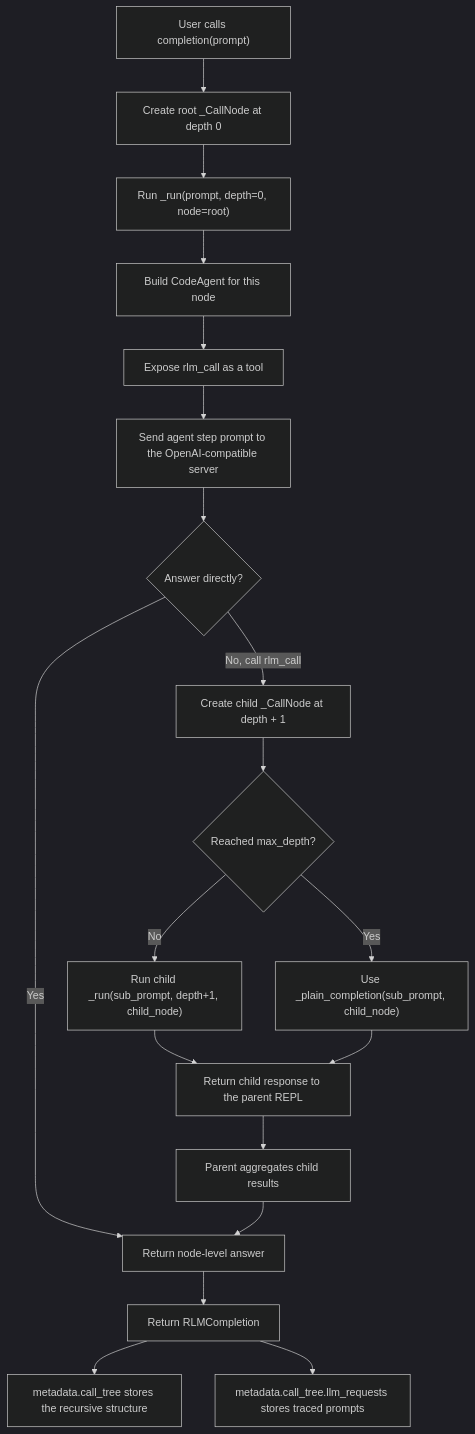
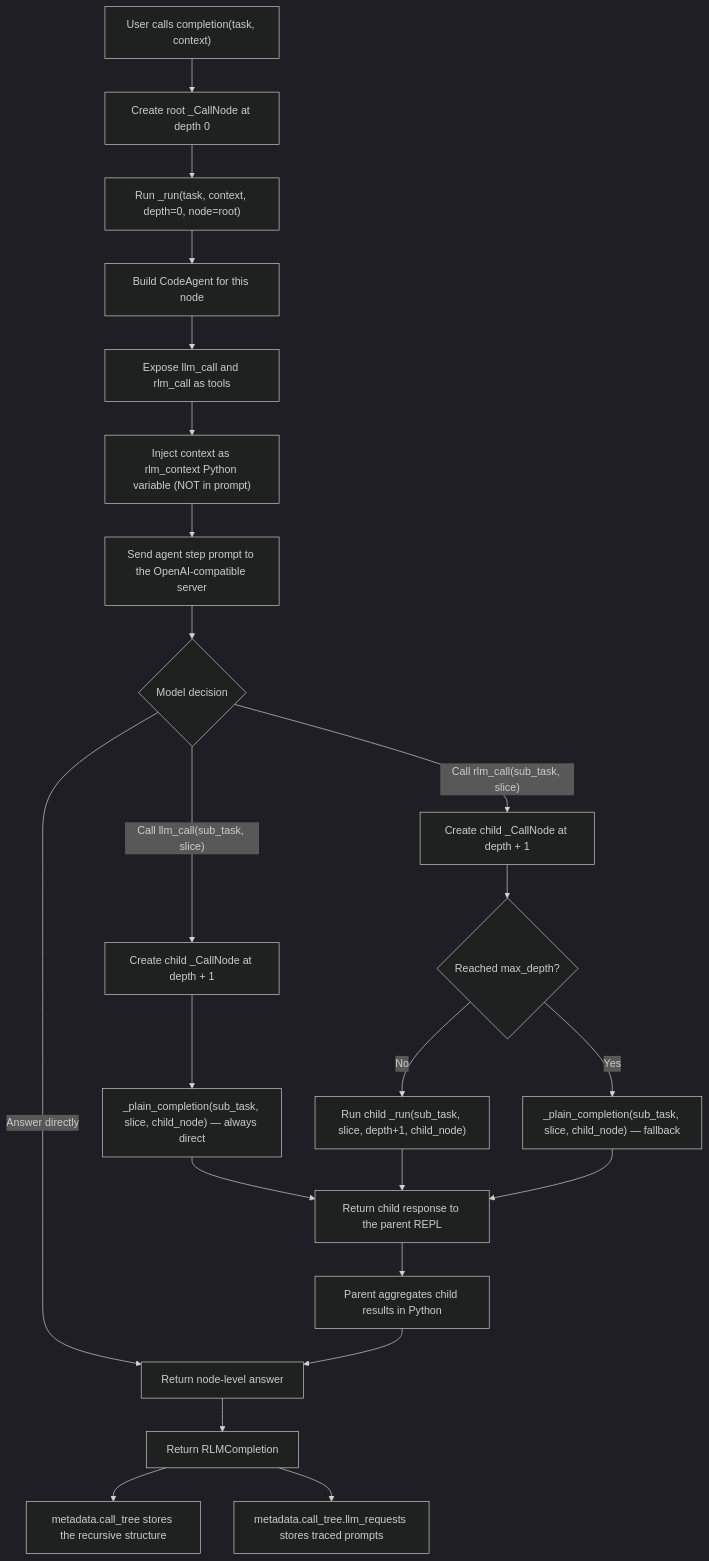
Before and after one commit to mrvictoru/smol_RLM_test: the diagram in docs/rlm_agent_flow.md, drawn with Mermaid (dark theme). The commit also changed other lines of this file and 1 other file, not shown here.

First line of the commit message:
Patch RLM: add llm_call tool, free-form orchestration system prompt, update docs

````diff
--- a/docs/rlm_agent_flow.md
+++ b/docs/rlm_agent_flow.md
@@ -8,21 +8,25 @@
 ```mermaid
 flowchart TD
-    A["User calls completion(prompt)"] --> B["Create root _CallNode at depth 0"]
-    B --> C["Run _run(prompt, depth=0, node=root)"]
+    A["User calls completion(task, context)"] --> B["Create root _CallNode at depth 0"]
+    B --> C["Run _run(task, context, depth=0, node=root)"]
     C --> D["Build CodeAgent for this node"]
-    D --> E["Expose rlm_call as a tool"]
-    E --> F["Send agent step prompt to the OpenAI-compatible server"]
-    F --> G{"Answer directly?"}
-    G -->|Yes| H["Return node-level answer"]
-    G -->|No, call rlm_call| I["Create child _CallNode at depth + 1"]
-    I --> J{"Reached max_depth?"}
-    J -->|No| K["Run child _run(sub_prompt, depth+1, child_node)"]
-    J -->|Yes| L["Use _plain_completion(sub_prompt, child_node)"]
-    K --> M["Return child response to the parent REPL"]
-    L --> M
-    M --> N["Parent aggregates child results"]
-    N --> H
-    H --> O["Return RLMCompletion"]
-    O --> P["metadata.call_tree stores the recursive structure"]
-    O --> Q["metadata.call_tree.llm_requests stores traced prompts"]
+    D --> E["Expose llm_call and rlm_call as tools"]
+    E --> F["Inject context as rlm_context Python variable (NOT in prompt)"]
+    F --> G["Send agent step prompt to the OpenAI-compatible server"]
+    G --> H{"Model decision"}
+    H -->|"Answer directly"| I["Return node-level answer"]
+    H -->|"Call llm_call(sub_task, slice)"| J["Create child _CallNode at depth + 1"]
+    H -->|"Call rlm_call(sub_task, slice)"| K["Create child _CallNode at depth + 1"]
+    J --> L["_plain_completion(sub_task, slice, child_node) — always direct"]
+    K --> M{"Reached max_depth?"}
+    M -->|No| N["Run child _run(sub_task, slice, depth+1, child_node)"]
+    M -->|Yes| O["_plain_completion(sub_task, slice, child_node) — fallback"]
+    L --> P["Return child response to the parent REPL"]
+    N --> P
+    O --> P
+    P --> Q["Parent aggregates child results in Python"]
+    Q --> I
+    I --> R["Return RLMCompletion"]
+    R --> S["metadata.call_tree stores the recursive structure"]
+    R --> T["metadata.call_tree.llm_requests stores traced prompts"]
 ```
````
